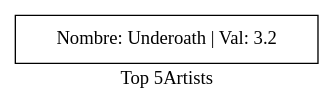
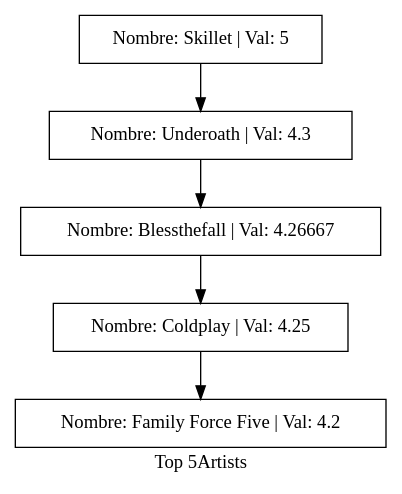
The diagram in Practicas/build-Practica1_Biblioteca_Musica-Desktop_Qt_5_9_0_MinGW_32bit-Debug/topArtist.dot (ricardcutzh/EDD_Junio), drawn with Graphviz before and after one commit. The commit also changed 13 other files, not shown here.

```diff
--- a/Practicas/build-Practica1_Biblioteca_Musica-Desktop_Qt_5_9_0_MinGW_32bit-Debug/topArtist.dot
+++ b/Practicas/build-Practica1_Biblioteca_Musica-Desktop_Qt_5_9_0_MinGW_32bit-Debug/topArtist.dot
@@ -1,5 +1,9 @@
 digraph top{
 node [shape=box];
 label="Top 5Artists";
-"Nombre: Underoath | Val: 3.2";
+"Nombre: Skillet | Val: 5"->"Nombre: Underoath | Val: 4.3";
+"Nombre: Underoath | Val: 4.3"->"Nombre: Blessthefall | Val: 4.26667";
+"Nombre: Blessthefall | Val: 4.26667"->"Nombre: Coldplay | Val: 4.25";
+"Nombre: Coldplay | Val: 4.25"->"Nombre: Family Force Five | Val: 4.2";
+"Nombre: Family Force Five | Val: 4.2";
 }
```
